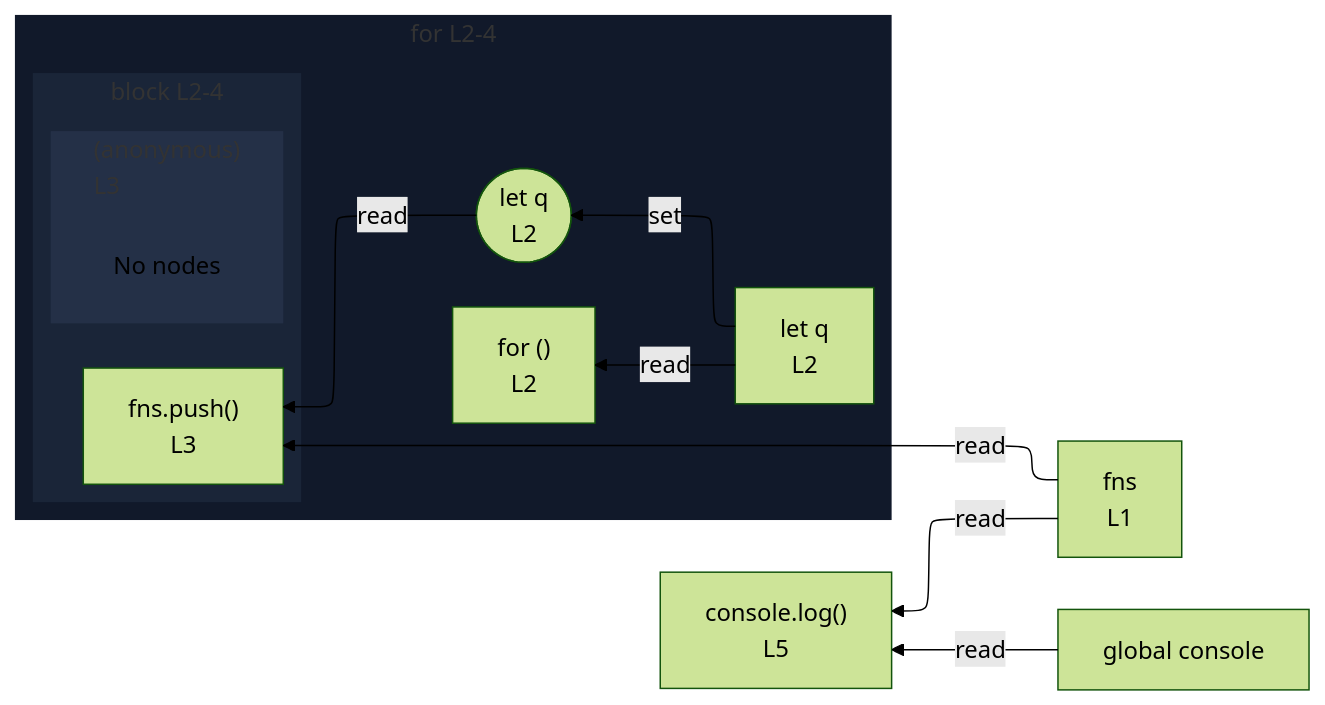
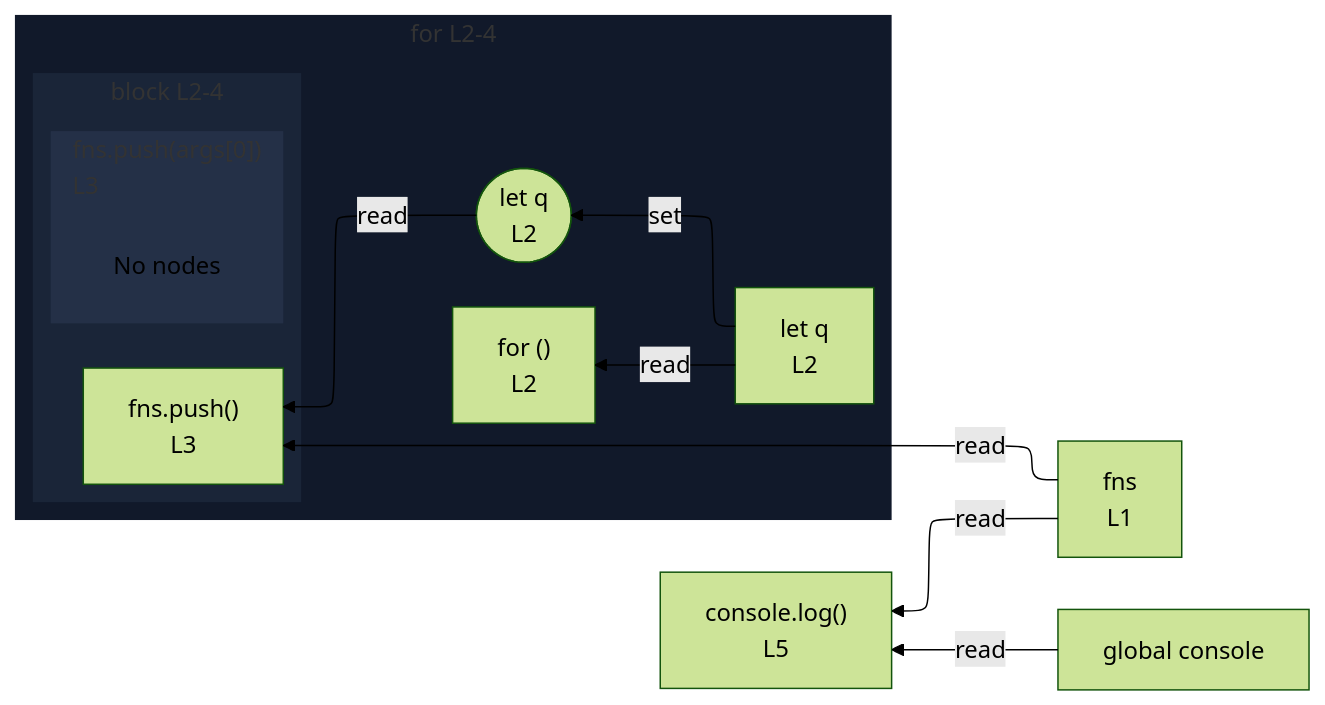
The diagram in integration/fixtures/iteration-statement/classic-for/closure-let-binding/preview.md (crescware/unsnarl), drawn with Mermaid (forest theme) before and after one commit. The commit also changed 36 other files, not shown here.

````diff
--- a/integration/fixtures/iteration-statement/classic-for/closure-let-binding/preview.md
+++ b/integration/fixtures/iteration-statement/classic-for/closure-let-binding/preview.md
@@ -15,35 +15,35 @@
 ```mermaid
 %%{init: {"flowchart": {"defaultRenderer": "elk"}}}%%
 flowchart RL
   n_scope_0_fns_6["fns<br/>L1"]
   n_scope_0_console_87["global console"]
   subgraph s_scope_1["for L2-4"]
     direction RL
     for_test_scope_0_34["for ()<br/>L2"]
     n_scope_1_q_43["let q<br/>L2"]
     wr_ref_3(["let q<br/>L2"])
     subgraph s_scope_2["block L2-4"]
       direction RL
       expr_stmt_66["fns.push()<br/>L3"]
-      subgraph s_scope_3["(anonymous)<br/>L3"]
+      subgraph s_scope_3["fns.push(args[0])<br/>L3"]
         direction RL
         elk_empty_s_scope_3["No nodes"]
       end
     end
   end
   n_scope_1_q_43 -->|set| wr_ref_3
   n_scope_1_q_43 -->|read| for_test_scope_0_34
   n_scope_0_fns_6 -->|read| expr_stmt_66
   wr_ref_3 -->|read| expr_stmt_66
   n_scope_0_console_87 -->|read| expr_stmt_87
   n_scope_0_fns_6 -->|read| expr_stmt_87
   expr_stmt_87["console.log()<br/>L5"]
   classDef nestL1 fill:#11192a,stroke:transparent;
   class s_scope_1 nestL1;
   classDef nestL2 fill:#1a2538,stroke:transparent;
   class s_scope_2 nestL2;
   classDef nestL3 fill:#243047,stroke:transparent;
   class s_scope_3 nestL3;
   classDef elkEmptyPlaceholder fill:transparent,stroke:transparent;
   class elk_empty_s_scope_3 elkEmptyPlaceholder;
 ```
````
